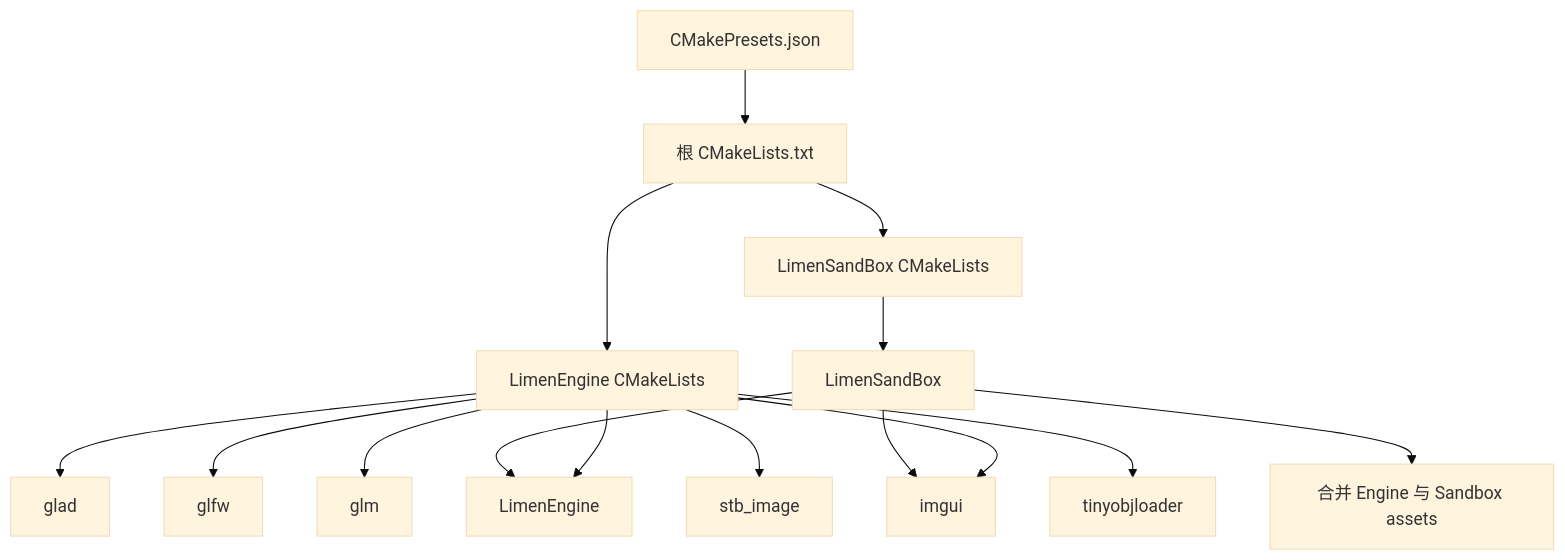
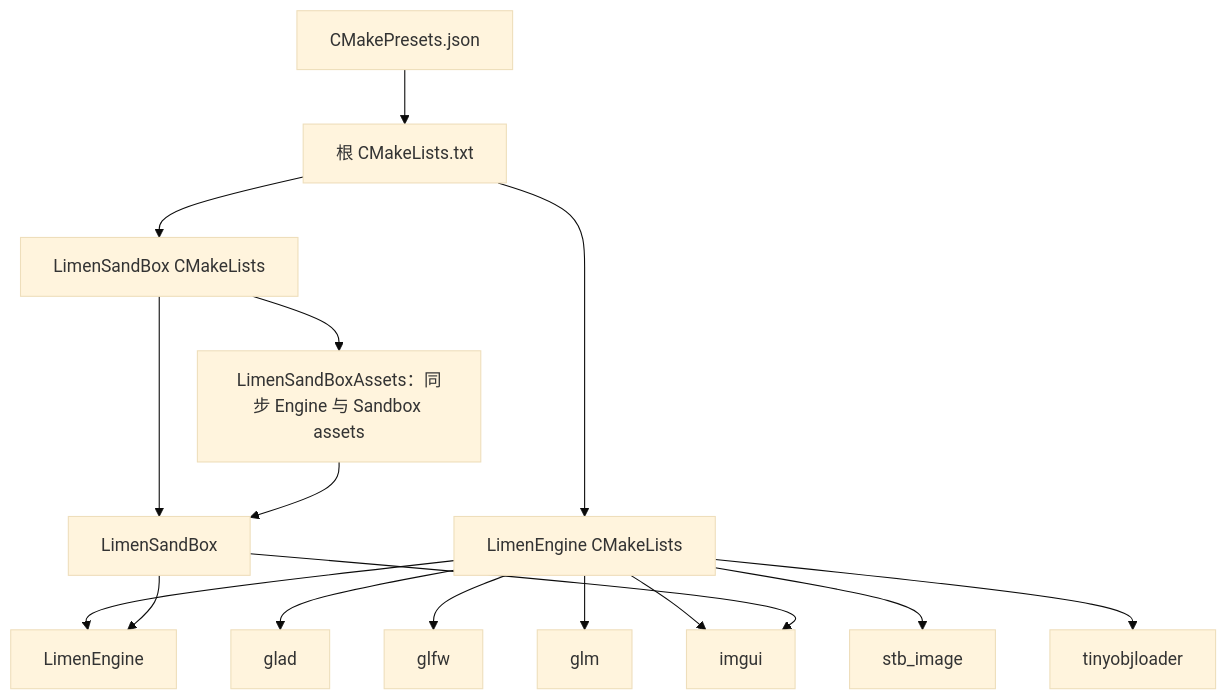
One commit to JackDowson2003/Limen-Engine changed the second of 3 diagrams in README.md. Above: the diagram before and after it, drawn with Mermaid (base theme). The commit also changed other lines of this file and 22 other files, not shown here.

````diff
--- a/README.md
+++ b/README.md
@@ -393,17 +407,18 @@
 ```mermaid
 flowchart TD
     P[CMakePresets.json] --> R[根 CMakeLists.txt]
     R --> E[LimenEngine CMakeLists]
     R --> S[LimenSandBox CMakeLists]
     E --> ET[LimenEngine]
     E --> G[glad]
     E --> F[glfw]
     E --> M[glm]
     E --> I[imgui]
     E --> STB[stb_image]
     E --> OBJ[tinyobjloader]
     S --> APP[LimenSandBox]
+    S --> ASSETS[LimenSandBoxAssets：同步 Engine 与 Sandbox assets]
+    ASSETS --> APP
     APP --> ET
     APP --> I
-    APP --> COPY[合并 Engine 与 Sandbox assets]
 ```
````
